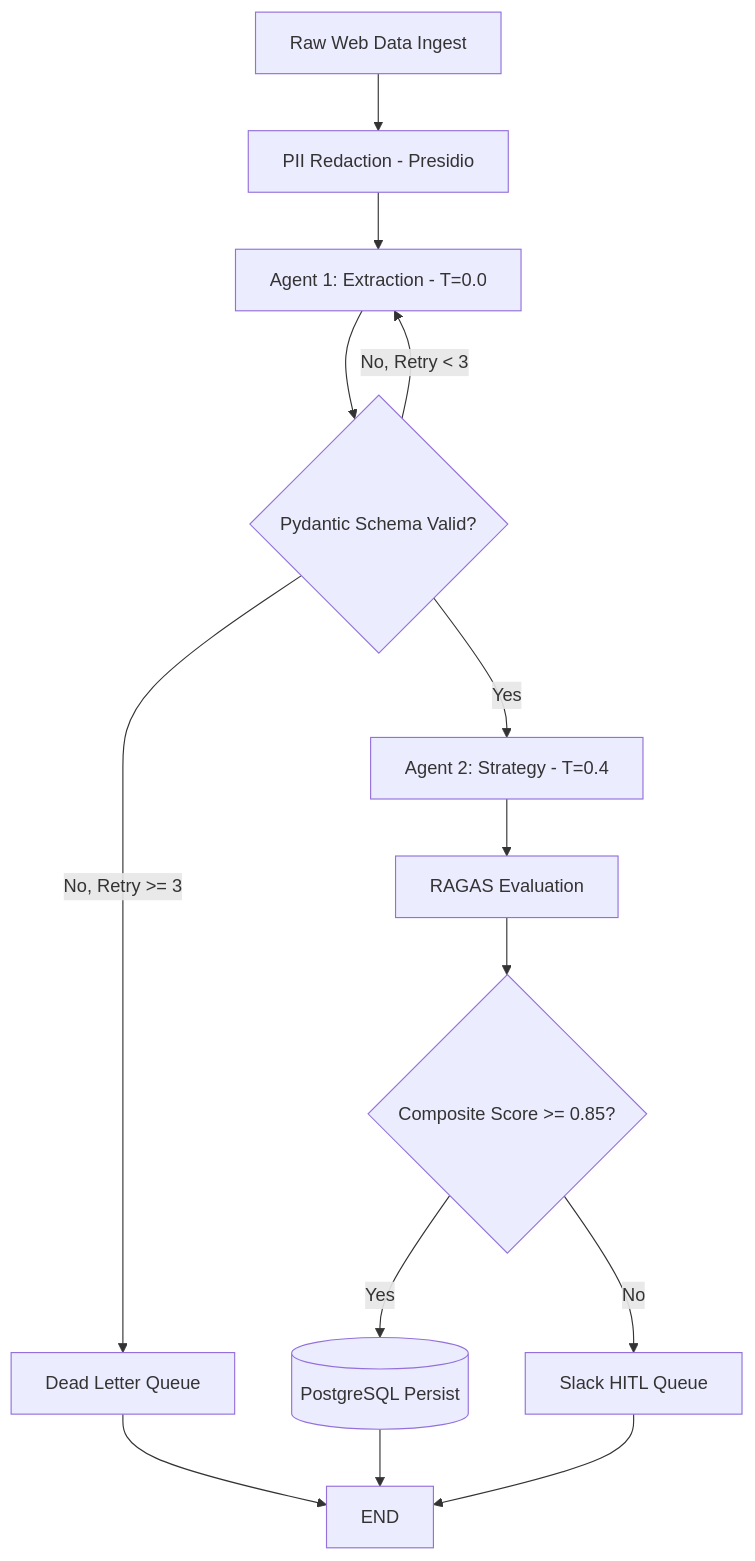
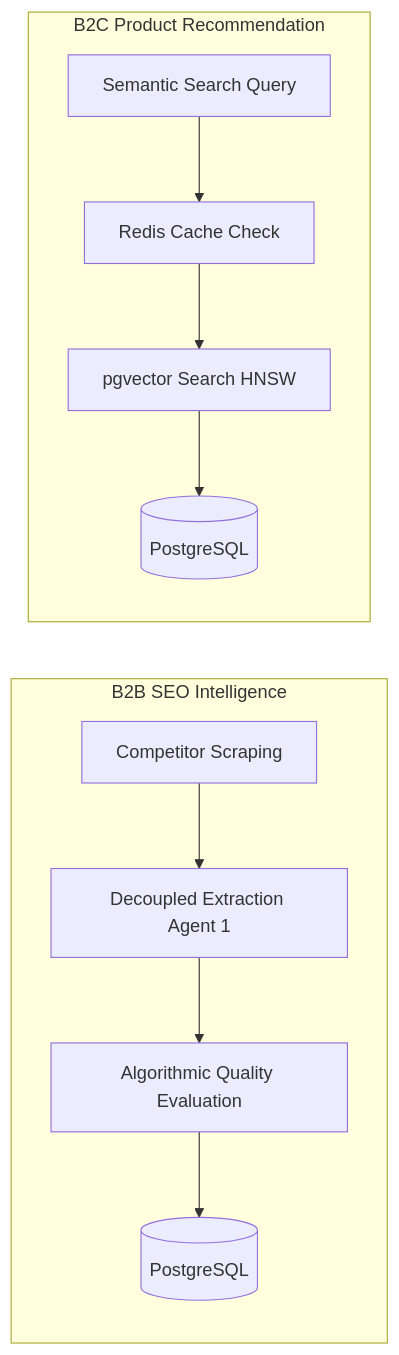
One commit to ruthvikgoud16/Nimblize-demo changed the first of 21 diagrams in docs/Nimblize_Future_Implementation_Roadmap.md. Above: the diagram before and after it, drawn with Mermaid. The commit also changed other lines of this file and 1 other file, not shown here.

Commit message:
Improve future implementation roadmap report design

````diff
--- a/docs/Nimblize_Future_Implementation_Roadmap.md
+++ b/docs/Nimblize_Future_Implementation_Roadmap.md
@@ -144,16 +26,13 @@
 ```mermaid
-graph TD
-    A[Raw Web Data Ingest] --> B[PII Redaction - Presidio]
-    B --> C[Agent 1: Extraction - T=0.0]
-    C --> D{Pydantic Schema Valid?}
-    D -->|No, Retry < 3| C
-    D -->|No, Retry >= 3| E[Dead Letter Queue]
-    D -->|Yes| F[Agent 2: Strategy - T=0.4]
-    F --> G[RAGAS Evaluation]
-    G --> H{Composite Score >= 0.85?}
-    H -->|Yes| I[(PostgreSQL Persist)]
-    H -->|No| J[Slack HITL Queue]
-    E --> K[END]
-    I --> K
-    J --> K
+graph LR
+    subgraph B2B SEO Intelligence
+        A[Competitor Scraping] --> B[Decoupled Extraction Agent 1]
+        B --> C[Algorithmic Quality Evaluation]
+        C --> D[(PostgreSQL)]
+    end
+    subgraph B2C Product Recommendation
+        E[Semantic Search Query] --> F[Redis Cache Check]
+        F --> G[pgvector Search HNSW]
+        G --> H[(PostgreSQL)]
+    end
 ```
````
